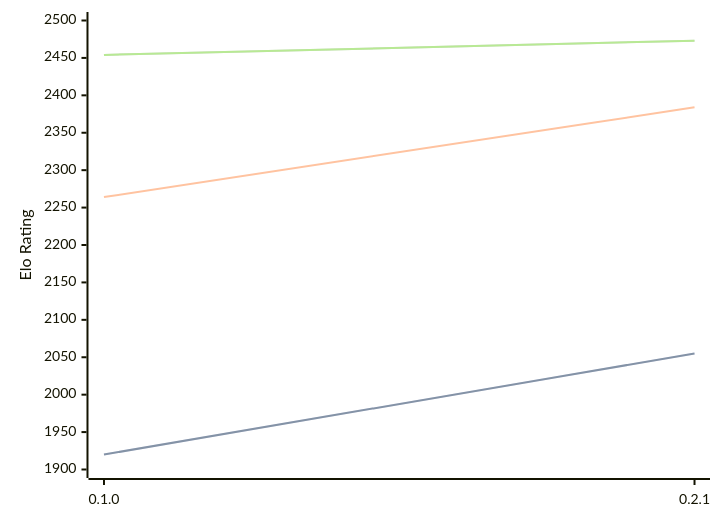
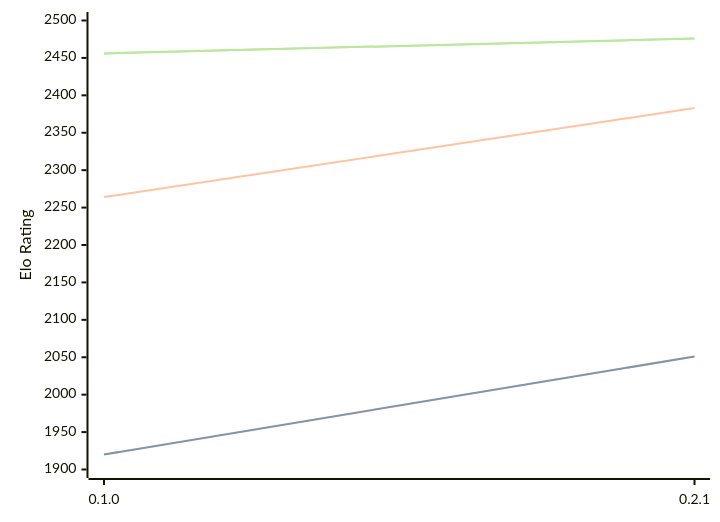
One commit to computer-chess-index/cci changed the diagram in engines/Sykora.md. Above: the diagram before and after it, drawn with Mermaid. The commit also changed other lines of this file, not shown here.

Commit message:
Update CCI Ratings (ELO VLTC) - 2026-04-29

````diff
--- a/engines/Sykora.md
+++ b/engines/Sykora.md
@@ -33,11 +33,11 @@
 ```mermaid
 %%{init: {"theme":"base","themeVariables":{"seriesColors:['#a3a3a3','#222221','#faa371']}}}%%
 xychart-beta
   x-axis ["0.1.0", "0.2.1"]
   y-axis "Elo Rating" 1900 --> 2500
-  line "STC (8.0+0.08s)" [1920, 2055]
-  line "STC (8.0+0.08s)" [1920, 2055]
-  line "LTC (60.0+0.60s)" [2264, 2384]
-  line "VLTC (2m24s+1.12s)" [2454, 2473]
-  line "VLTC (2m24s+1.12s)" [2454, 2473]
+  line "STC (8.0+0.08s)" [1920, 2051]
+  line "STC (8.0+0.08s)" [1920, 2051]
+  line "LTC (60.0+0.60s)" [2264, 2383]
+  line "VLTC (2m24s+1.12s)" [2456, 2476]
+  line "VLTC (2m24s+1.12s)" [2456, 2476]
 ```
````
